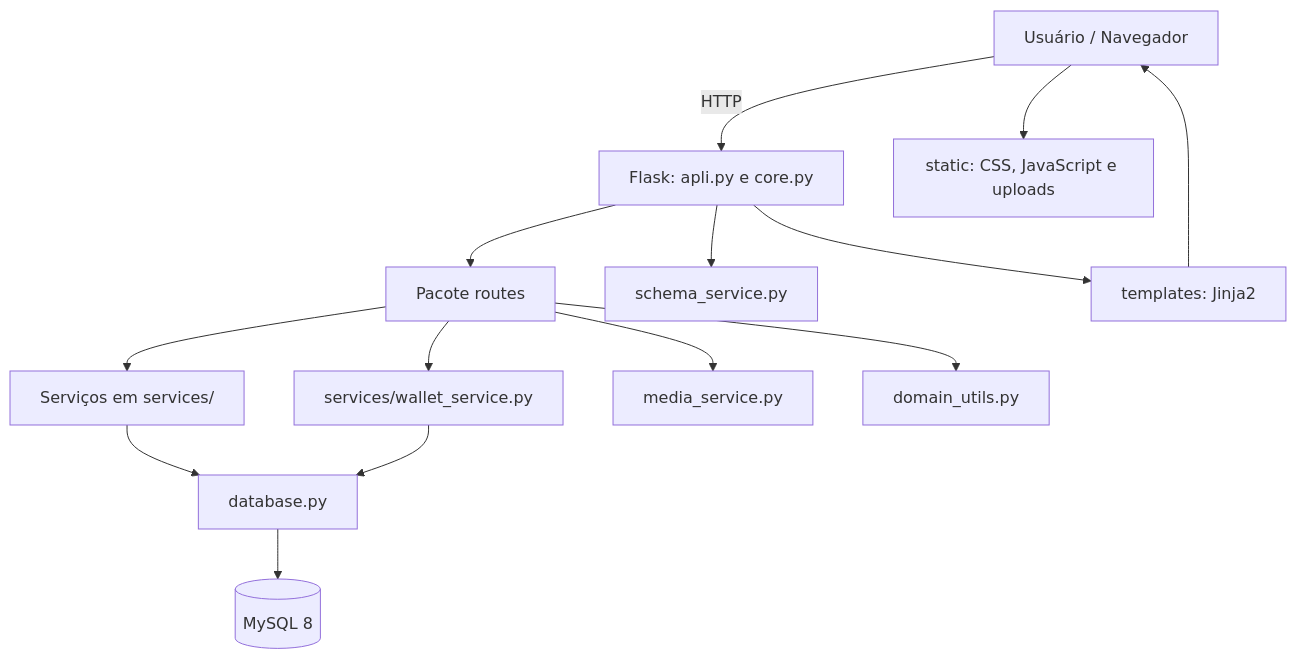
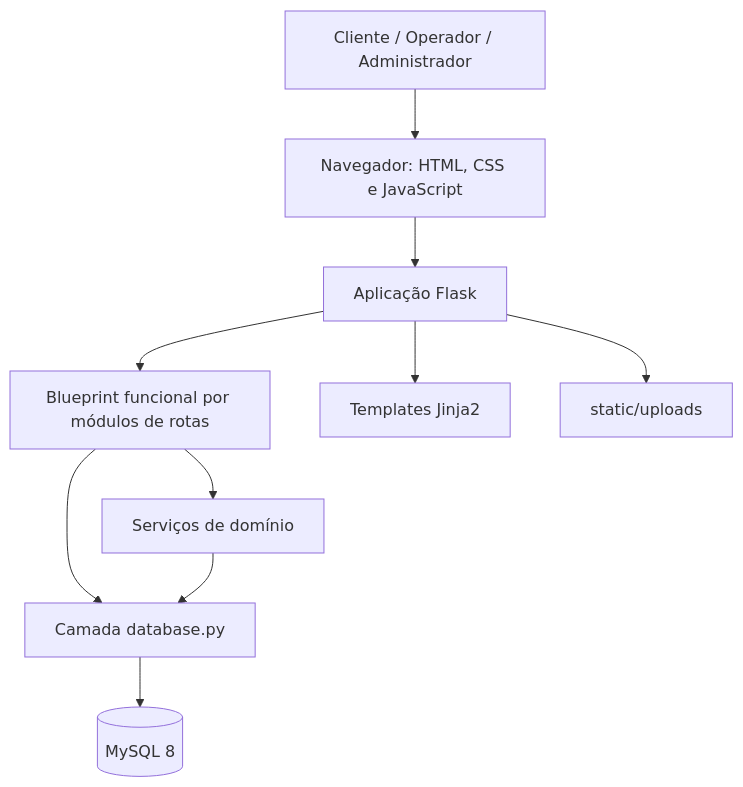
One commit to Tayseeh/Cantina-da-Honestidade changed the first of 2 diagrams in docs/ARQUITETURA.md. Above: the diagram before and after it, drawn with Mermaid. The commit also changed other lines of this file and 58 other files, not shown here.

````diff
--- a/docs/ARQUITETURA.md
+++ b/docs/ARQUITETURA.md
@@ -9,16 +11,12 @@
 ```mermaid
 flowchart TD
-    U[Usuário / Navegador] -->|HTTP| A[Flask: apli.py e core.py]
-    A --> R[Pacote routes]
-    R --> S[Serviços em services/]
-    R --> W[services/wallet_service.py]
-    R --> M[media_service.py]
-    R --> D[domain_utils.py]
-    S --> DB[database.py]
-    W --> DB
-    A --> SC[schema_service.py]
-    DB --> MYSQL[(MySQL 8)]
-    A --> T[templates: Jinja2]
-    T --> U
-    U --> ST[static: CSS, JavaScript e uploads]
+    U[Cliente / Operador / Administrador] --> B[Navegador: HTML, CSS e JavaScript]
+    B --> F[Aplicação Flask]
+    F --> R[Blueprint funcional por módulos de rotas]
+    R --> S[Serviços de domínio]
+    R --> D[Camada database.py]
+    S --> D
+    D --> M[(MySQL 8)]
+    F --> T[Templates Jinja2]
+    F --> UP[static/uploads]
 ```
````
